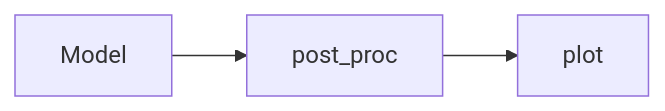
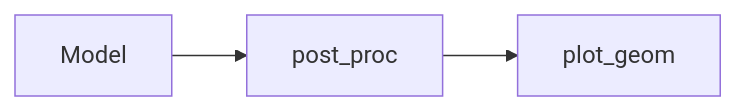
Diagram 21 of 21 in docs/source/api/model_api.rst (airinnova/framat), drawn with Mermaid before and after one commit. The commit also changed other lines of this file and 9 other files, not shown here.

```diff
--- a/docs/source/api/model_api.rst
+++ b/docs/source/api/model_api.rst
@@ -922,6 +922,6 @@
 .. mermaid::
 
     graph LR
     A[Model]
     A --> F1[post_proc] 
-    F1 --> P1[plot] 
+    F1 --> P1[plot_geom] 
```
